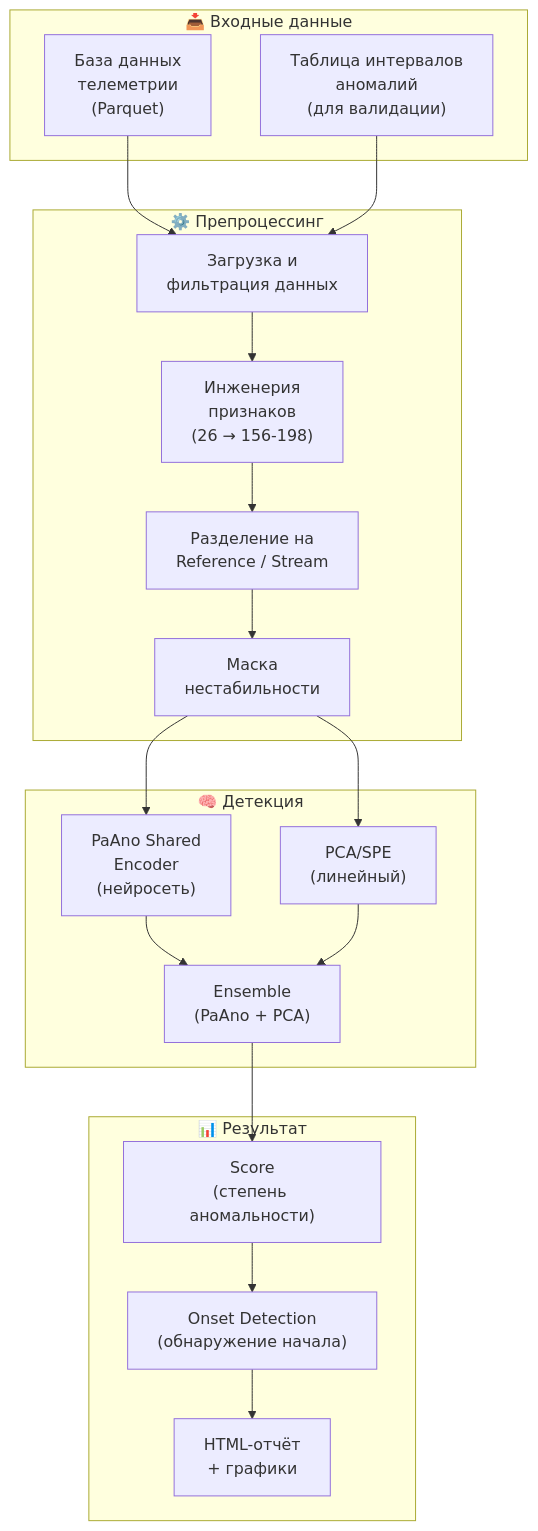
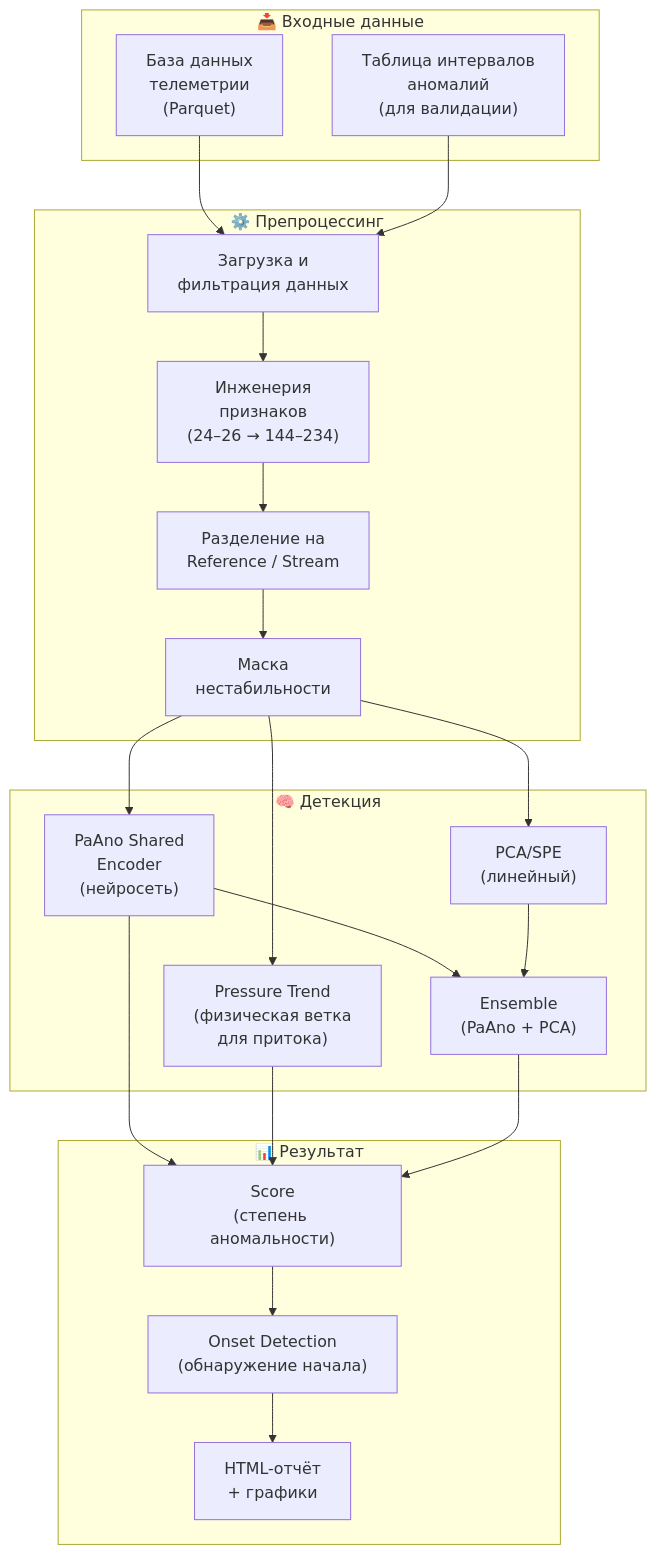
The second of 8 diagrams in docs/ALMA_система_детекции_аномалий.md (DarkPrinceWarrior/alma_servie), drawn with Mermaid before and after one commit. The commit also changed other lines of this file and 6 other files, not shown here.

Commit message:
Add pritok pressure trend detection docs

````diff
--- a/docs/ALMA_система_детекции_аномалий.md
+++ b/docs/ALMA_система_детекции_аномалий.md
@@ -134,39 +144,43 @@
 ```mermaid
 flowchart TB
     subgraph INPUT["📥 Входные данные"]
         DB["База данных<br/>телеметрии<br/>(Parquet)"]
         INTERVALS["Таблица интервалов<br/>аномалий<br/>(для валидации)"]
     end
 
     subgraph PREPROCESS["⚙️ Препроцессинг"]
         LOAD["Загрузка и<br/>фильтрация данных"]
-        FEAT["Инженерия<br/>признаков<br/>(26 → 156-198)"]
+        FEAT["Инженерия<br/>признаков<br/>(24–26 → 144–234)"]
         SPLIT["Разделение на<br/>Reference / Stream"]
         MASK["Маска<br/>нестабильности"]
     end
 
     subgraph DETECT["🧠 Детекция"]
         PAANO["PaAno Shared<br/>Encoder<br/>(нейросеть)"]
+        PTR["Pressure Trend<br/>(физическая ветка<br/>для притока)"]
         PCA["PCA/SPE<br/>(линейный)"]
         ENS["Ensemble<br/>(PaAno + PCA)"]
     end
 
     subgraph OUTPUT["📊 Результат"]
         SCORE["Score<br/>(степень аномальности)"]
         ONSET["Onset Detection<br/>(обнаружение начала)"]
         REPORT["HTML-отчёт<br/>+ графики"]
     end
 
     DB --> LOAD
     INTERVALS --> LOAD
     LOAD --> FEAT
     FEAT --> SPLIT
     SPLIT --> MASK
     MASK --> PAANO
+    MASK --> PTR
     MASK --> PCA
     PAANO --> ENS
     PCA --> ENS
+    PAANO --> SCORE
+    PTR --> SCORE
     ENS --> SCORE
     SCORE --> ONSET
     ONSET --> REPORT
 ```
````
